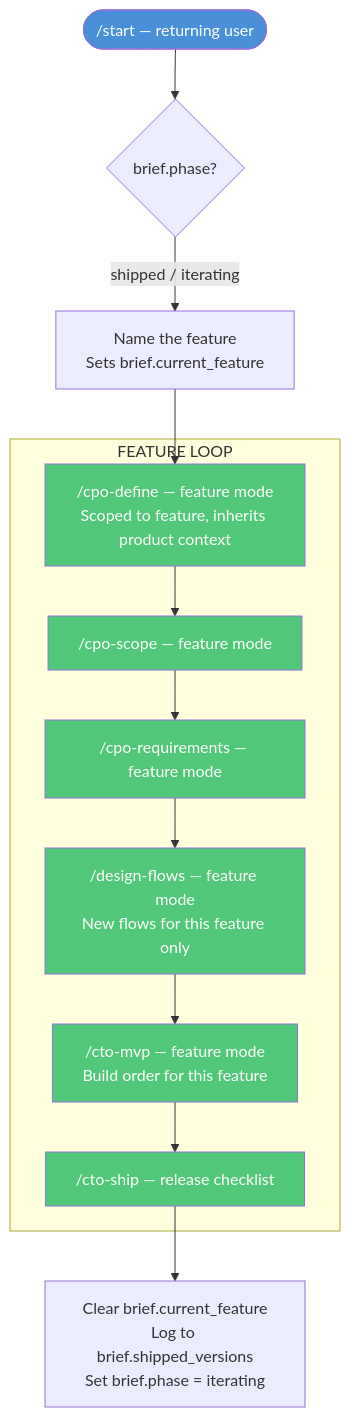
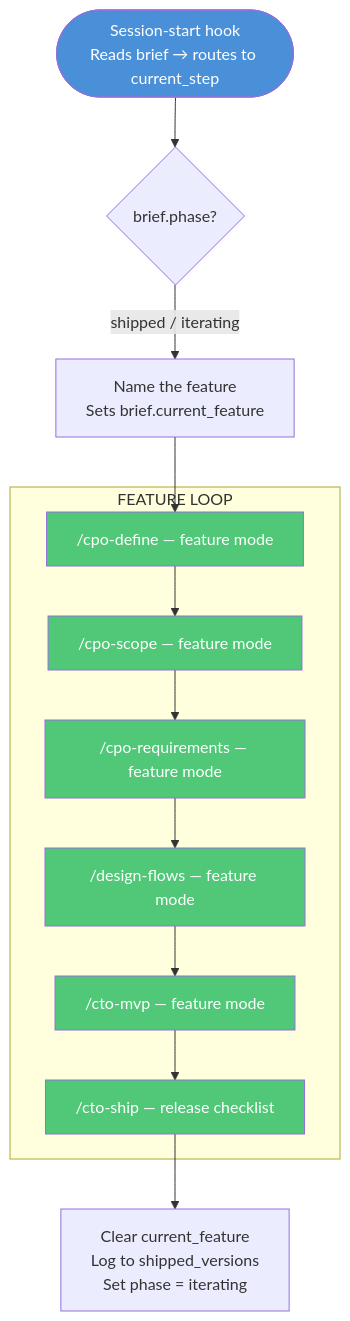
One commit to PattyOBrienNovak/WDAI-business-pdt-workflows changed the second of 3 diagrams in MVP-Spec-June-9.md. Above: the diagram before and after it, drawn with Mermaid. The commit also changed other lines of this file, not shown here.

First line of the commit message:
Rewrite MVP spec: plugin distribution, hook routing, brief format

````diff
--- a/MVP-Spec-June-9.md
+++ b/MVP-Spec-June-9.md
@@ -116,25 +245,25 @@
 ```mermaid
 flowchart TD
-    START2(["/start — returning user"]):::infra
-    START2 --> PHASE{"brief.phase?"}
+    HOOK2(["Session-start hook\nReads brief → routes to current_step"]):::infra
+    HOOK2 --> PHASE{"brief.phase?"}
 
     PHASE -->|"shipped / iterating"| FEAT["Name the feature\nSets brief.current_feature"]
 
     subgraph LOOP ["FEATURE LOOP"]
-        F1["/cpo-define — feature mode\nScoped to feature, inherits product context"]
+        F1["/cpo-define — feature mode"]
         F2["/cpo-scope — feature mode"]
         F3["/cpo-requirements — feature mode"]
-        F4["/design-flows — feature mode\nNew flows for this feature only"]
-        F5["/cto-mvp — feature mode\nBuild order for this feature"]
+        F4["/design-flows — feature mode"]
+        F5["/cto-mvp — feature mode"]
         F6["/cto-ship — release checklist"]
         F1 --> F2 --> F3 --> F4 --> F5 --> F6
     end
 
     FEAT --> F1
-    F6 --> CLEAR["Clear brief.current_feature\nLog to brief.shipped_versions\nSet brief.phase = iterating"]
+    F6 --> CLEAR["Clear current_feature\nLog to shipped_versions\nSet phase = iterating"]
 
     classDef infra fill:#4A90D9,color:#fff
     classDef loop fill:#50C878,color:#fff
-    class START2 infra
+    class HOOK2 infra
     class F1,F2,F3,F4,F5,F6 loop
 ```
````
